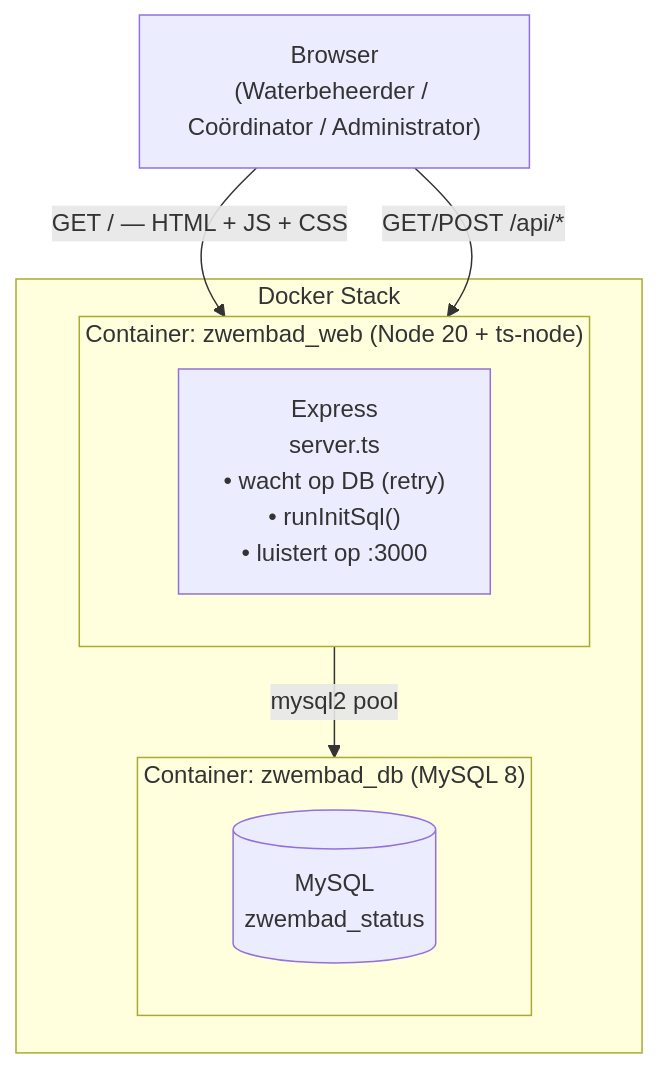
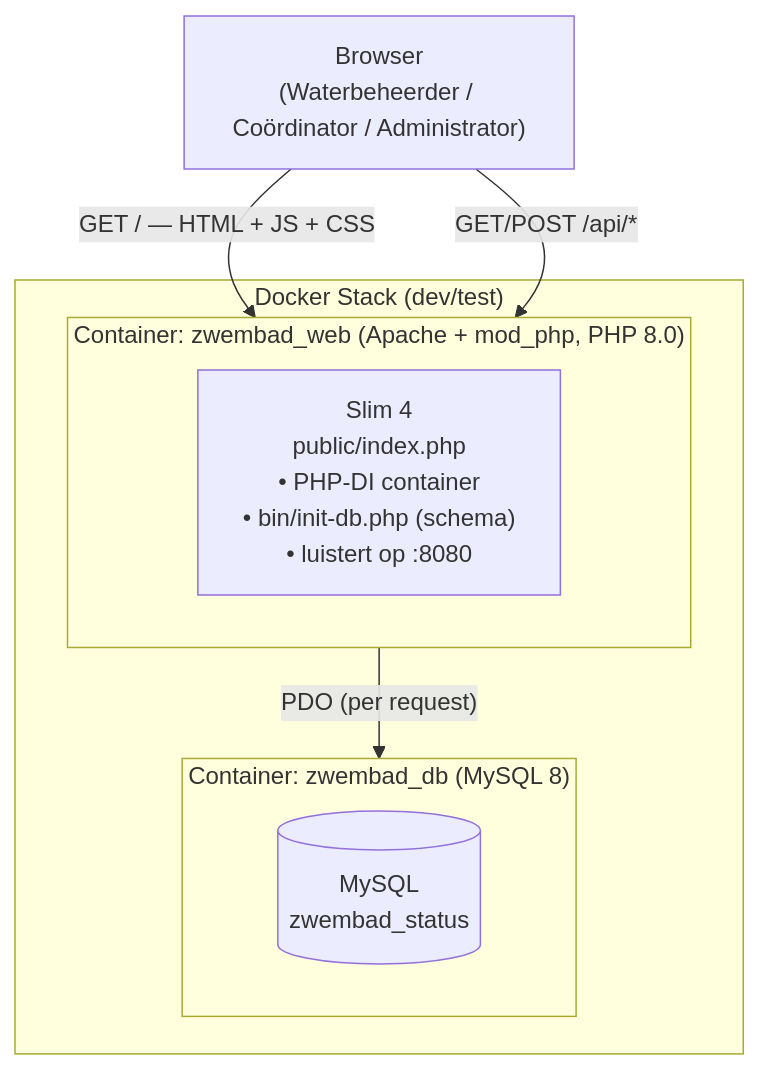
One commit to pjgheijmans/NewSiteWaterbeheerDeBercken changed the first of 3 diagrams in docs/architecture.md. Above: the diagram before and after it, drawn with Mermaid. The commit also changed other lines of this file and 5 other files, not shown here.

First line of the commit message:
docs: werk architectuurdocs bij naar de PHP-backend

````diff
--- a/docs/architecture.md
+++ b/docs/architecture.md
@@ -22,16 +23,16 @@
 ```mermaid
 graph TB
-    subgraph Docker["Docker Stack"]
-        subgraph Web["Container: zwembad_web (Node 20 + ts-node)"]
-            Express["Express\nserver.ts\n• wacht op DB (retry)\n• runInitSql()\n• luistert op :3000"]
+    subgraph Docker["Docker Stack (dev/test)"]
+        subgraph Web["Container: zwembad_web (Apache + mod_php, PHP 8.0)"]
+            Slim["Slim 4\npublic/index.php\n• PHP-DI container\n• bin/init-db.php (schema)\n• luistert op :8080"]
         end
         subgraph DB["Container: zwembad_db (MySQL 8)"]
             MySQL[("MySQL\nzwembad_status")]
         end
-        Web -->|"mysql2 pool"| DB
+        Web -->|"PDO (per request)"| DB
     end
 
     Browser["Browser\n(Waterbeheerder / Coördinator / Administrator)"]
     Browser -->|"GET / — HTML + JS + CSS"| Web
     Browser -->|"GET/POST /api/*"| Web
 ```
````
